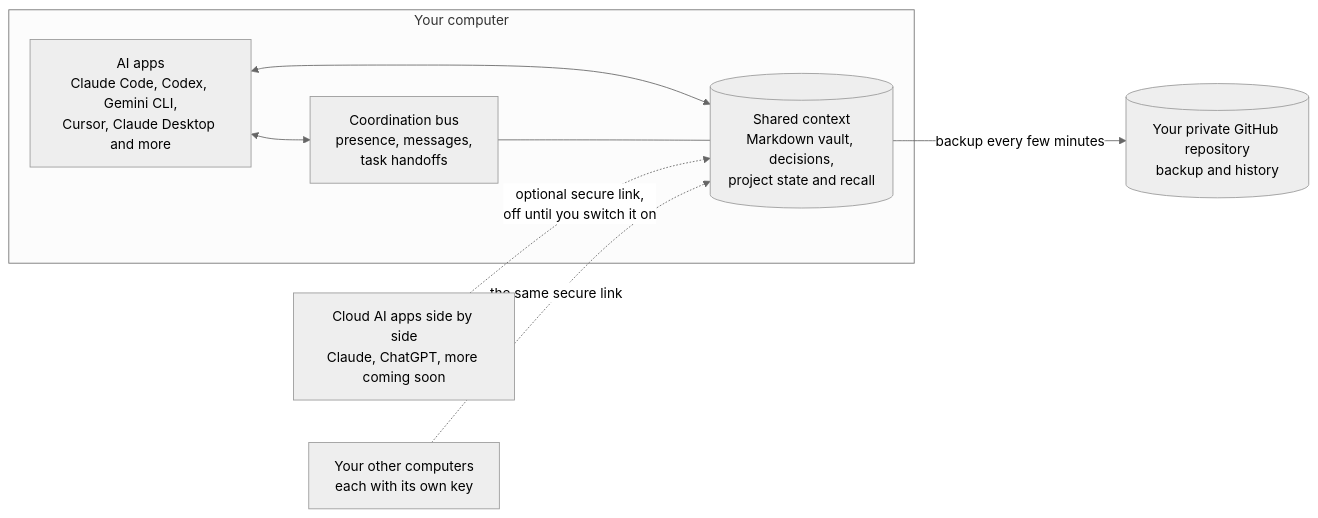
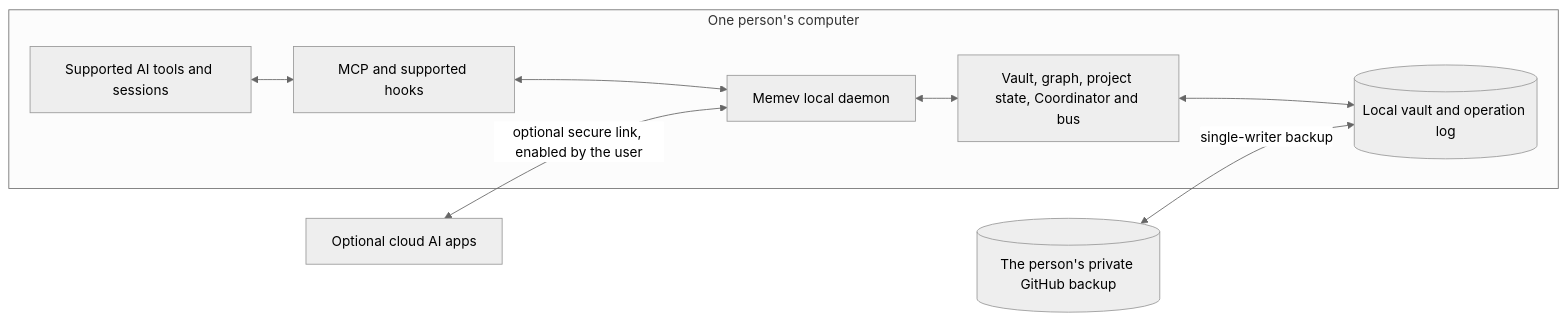
The first of 3 diagrams in README.md (mgillr/memev), drawn with Mermaid (neutral theme) before and after one commit. The commit also changed other lines of this file, not shown here.

Commit message:
docs: expand Memev product architecture and federation overview

````diff
--- a/README.md
+++ b/README.md
@@ -102,17 +124,18 @@
 ```mermaid
 flowchart LR
-    subgraph computer["Your computer"]
-        apps["AI apps<br/>Claude Code, Codex, Gemini CLI,<br/>Cursor, Claude Desktop and more"]
-        vault[("Shared context<br/>Markdown vault, decisions,<br/>project state and recall")]
-        bus["Coordination bus<br/>presence, messages,<br/>task handoffs"]
-        apps <--> vault
-        apps <--> bus
-        bus --- vault
+    subgraph computer["One person's computer"]
+        apps["Supported AI tools and sessions"]
+        mcp["MCP and supported hooks"]
+        daemon["Memev local daemon"]
+        engine["Vault, graph, project state, Coordinator and bus"]
+        vault[("Local vault and operation log")]
+        apps <--> mcp
+        mcp <--> daemon
+        daemon <--> engine
+        engine <--> vault
     end
-    github[("Your private GitHub repository<br/>backup and history")]
-    cloud["Cloud AI apps side by side<br/>Claude, ChatGPT, more coming soon"]
-    laptop["Your other computers<br/>each with its own key"]
-    vault -- "backup every few minutes" --> github
-    cloud -. "optional secure link,<br/>off until you switch it on" .-> vault
-    laptop -. "the same secure link" .-> vault
+    gh[("The person's private GitHub backup")]
+    cloud["Optional cloud AI apps"]
+    gh <-->|"single-writer backup"| vault
+    cloud <-->|"optional secure link, enabled by the user"| daemon
 ```
````
